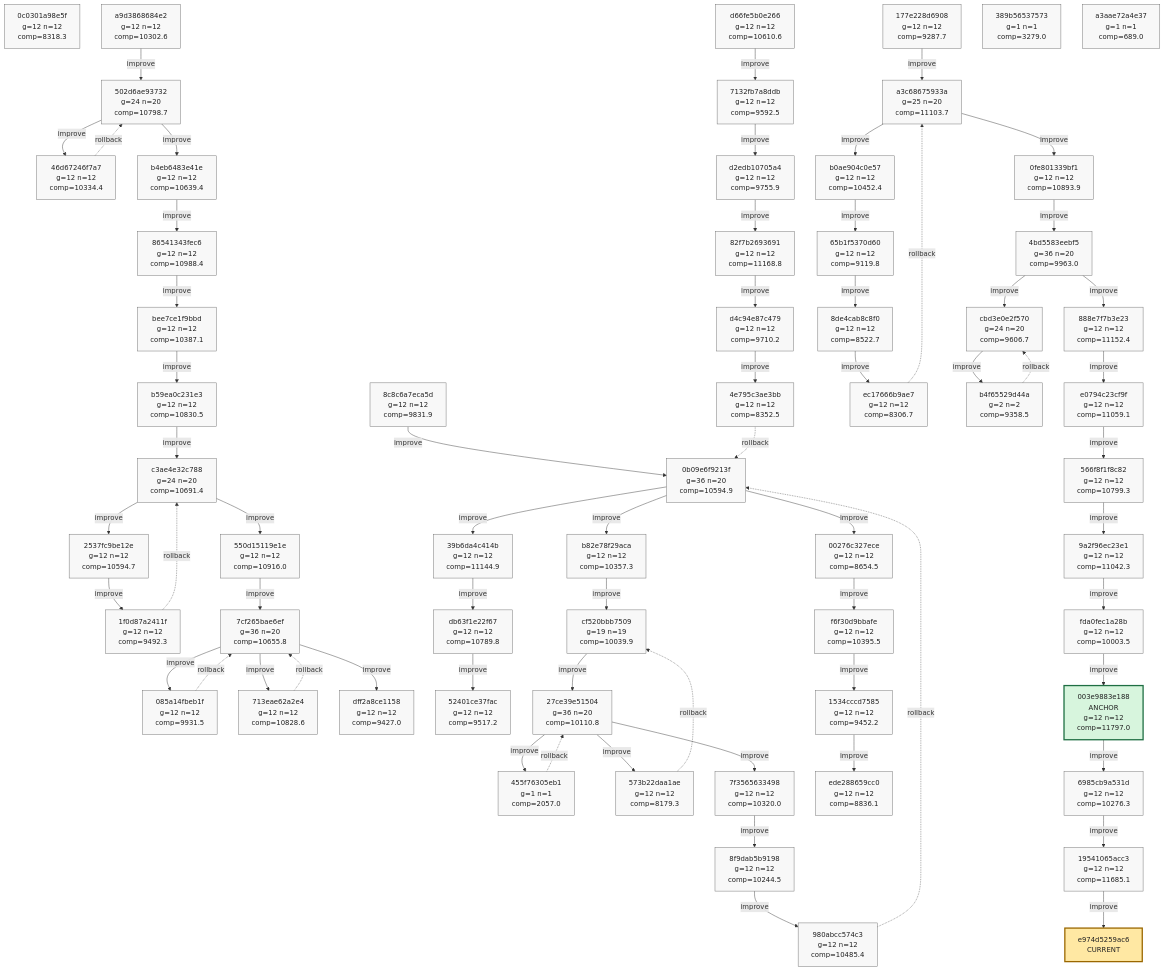
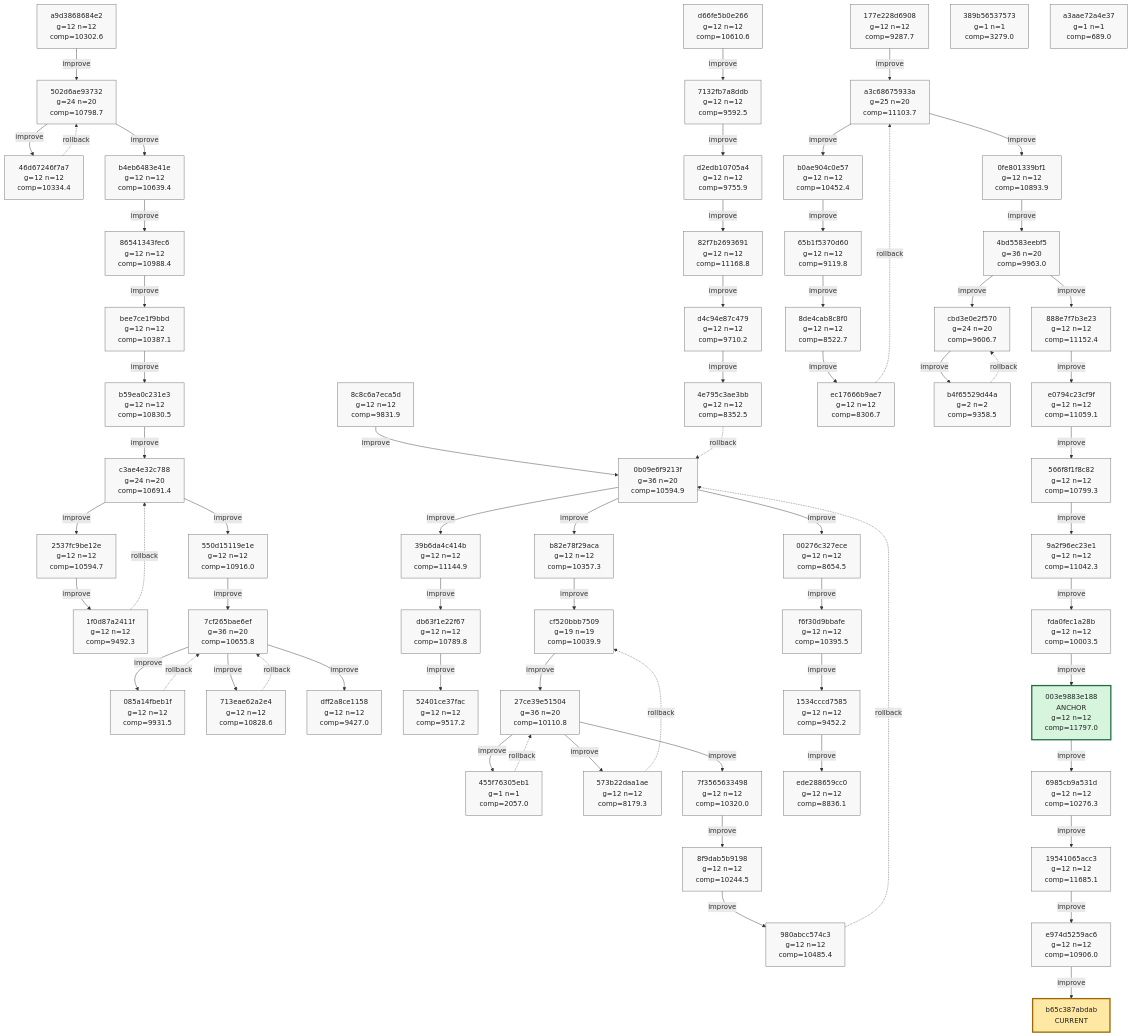
One commit to azumag/soviet_now changed the first of 10 diagrams in phyrogenetic-tree.md. Above: the diagram before and after it, drawn with Mermaid. The commit also changed other lines of this file and 2 other files, not shown here.

Commit message:
eloop Improve after 12 games (scores: 13347 10499 14993 8697 8292 15533 11542 12118 10923 9822 12683 10947)

````diff
--- a/phyrogenetic-tree.md
+++ b/phyrogenetic-tree.md
@@ -16,6 +16,5 @@
 ```mermaid
 flowchart TD
-    h_0c0301a98e5f["0c0301a98e5f<br/>g=12 n=12<br/>comp=8318.3"]
     h_a9d3868684e2["a9d3868684e2<br/>g=12 n=12<br/>comp=10302.6"]
     h_502d6ae93732["502d6ae93732<br/>g=24 n=20<br/>comp=10798.7"]
     h_46d67246f7a7["46d67246f7a7<br/>g=12 n=12<br/>comp=10334.4"]
@@ -72,9 +71,10 @@
     h_003e9883e188["003e9883e188<br/>ANCHOR<br/>g=12 n=12<br/>comp=11797.0"]
     h_6985cb9a531d["6985cb9a531d<br/>g=12 n=12<br/>comp=10276.3"]
     h_19541065acc3["19541065acc3<br/>g=12 n=12<br/>comp=11685.1"]
+    h_e974d5259ac6["e974d5259ac6<br/>g=12 n=12<br/>comp=10906.0"]
     h_389b56537573["389b56537573<br/>g=1 n=1<br/>comp=3279.0"]
     h_a3aae72a4e37["a3aae72a4e37<br/>g=1 n=1<br/>comp=689.0"]
-    h_e974d5259ac6["e974d5259ac6<br/>CURRENT"]
+    h_b65c387abdab["b65c387abdab<br/>CURRENT"]
 
     h_a9d3868684e2 -->|improve| h_502d6ae93732
     h_502d6ae93732 -->|improve| h_46d67246f7a7
@@ -139,13 +139,13 @@
     h_003e9883e188 -->|improve| h_6985cb9a531d
     h_6985cb9a531d -->|improve| h_19541065acc3
     h_19541065acc3 -->|improve| h_e974d5259ac6
+    h_e974d5259ac6 -->|improve| h_b65c387abdab
 
     classDef plain fill:#f8f8f8,stroke:#666,stroke-width:1px,color:#222;
     classDef current fill:#ffe8a3,stroke:#9a6700,stroke-width:3px,color:#222;
     classDef anchor fill:#d7f5dd,stroke:#1f6f43,stroke-width:3px,color:#222;
     classDef current_anchor fill:#f3e4a8,stroke:#1f6f43,stroke-width:4px,color:#222;
 
-    class h_0c0301a98e5f plain;
     class h_a9d3868684e2 plain;
     class h_502d6ae93732 plain;
     class h_46d67246f7a7 plain;
@@ -202,7 +202,8 @@
     class h_003e9883e188 anchor;
     class h_6985cb9a531d plain;
     class h_19541065acc3 plain;
+    class h_e974d5259ac6 plain;
     class h_389b56537573 plain;
     class h_a3aae72a4e37 plain;
-    class h_e974d5259ac6 current;
+    class h_b65c387abdab current;
 ```
````
